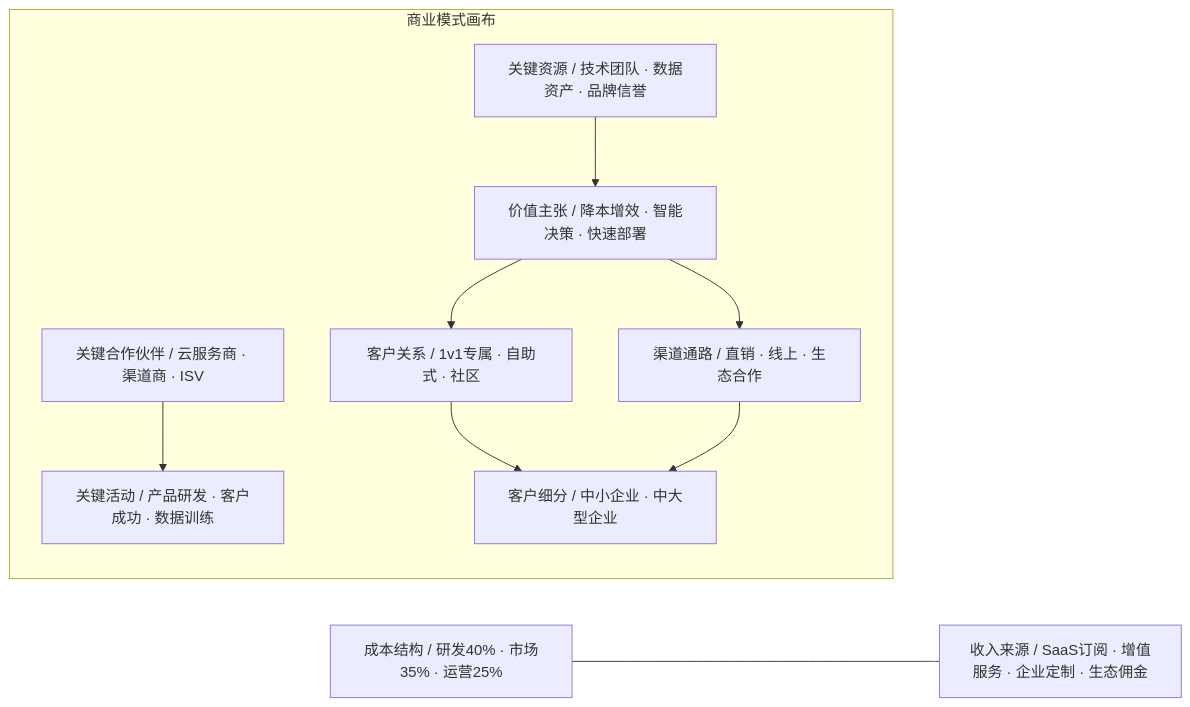
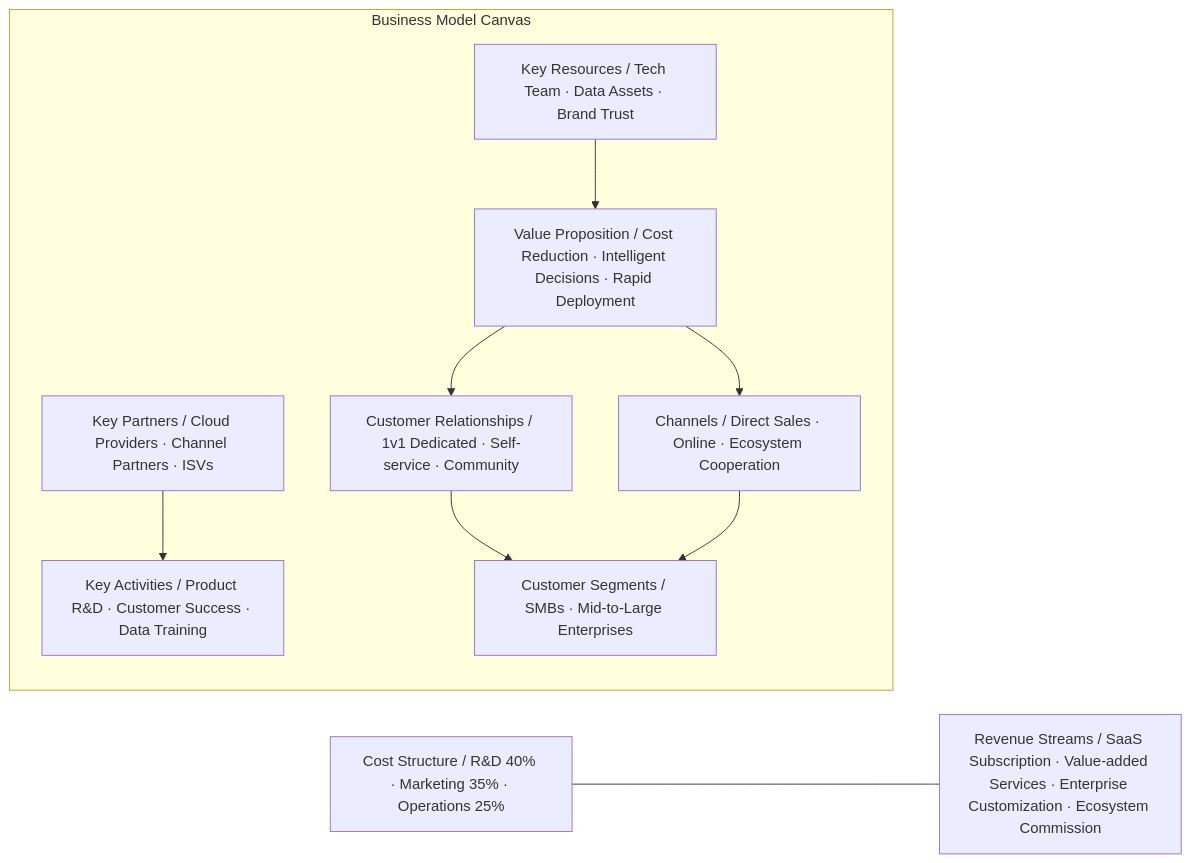
Before and after one commit to Kirky-X/cangjie: the fourth of 10 diagrams in templates/【模板】商业计划书.md, drawn with Mermaid. The commit also changed other lines of this file and 12 other files, not shown here.

````diff
--- a/templates/【模板】商业计划书.md
+++ b/templates/【模板】商业计划书.md
@@ -163,12 +163,12 @@
 ```mermaid
 graph LR
-    subgraph bmc[商业模式画布]
-        KP[关键合作伙伴 / 云服务商 · 渠道商 · ISV] --> KA[关键活动 / 产品研发 · 客户成功 · 数据训练]
-        KR[关键资源 / 技术团队 · 数据资产 · 品牌信誉] --> VP[价值主张 / 降本增效 · 智能决策 · 快速部署]
-        VP --> CR[客户关系 / 1v1专属 · 自助式 · 社区]
-        VP --> CH[渠道通路 / 直销 · 线上 · 生态合作]
-        CR --> CS[客户细分 / 中小企业 · 中大型企业]
+    subgraph bmc[Business Model Canvas]
+        KP[Key Partners / Cloud Providers · Channel Partners · ISVs] --> KA[Key Activities / Product R&D · Customer Success · Data Training]
+        KR[Key Resources / Tech Team · Data Assets · Brand Trust] --> VP[Value Proposition / Cost Reduction · Intelligent Decisions · Rapid Deployment]
+        VP --> CR[Customer Relationships / 1v1 Dedicated · Self-service · Community]
+        VP --> CH[Channels / Direct Sales · Online · Ecosystem Cooperation]
+        CR --> CS[Customer Segments / SMBs · Mid-to-Large Enterprises]
         CH --> CS
     end
-    COST[成本结构 / 研发40% · 市场35% · 运营25%] --- REV[收入来源 / SaaS订阅 · 增值服务 · 企业定制 · 生态佣金]
+    COST[Cost Structure / R&D 40% · Marketing 35% · Operations 25%] --- REV[Revenue Streams / SaaS Subscription · Value-added Services · Enterprise Customization · Ecosystem Commission]
 ```
````
